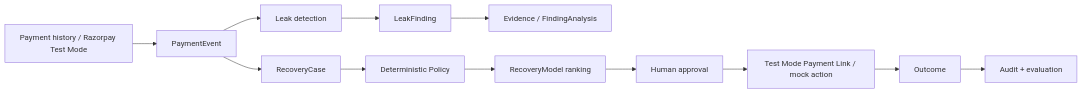
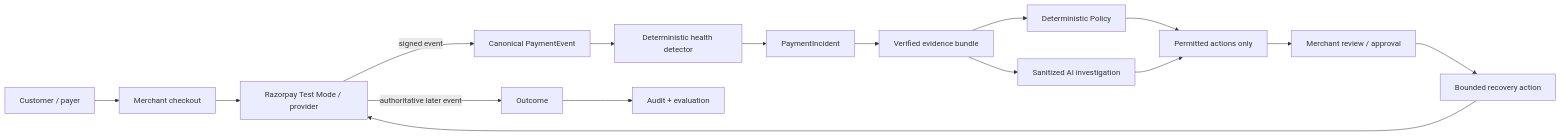
The diagram in README.md (aditya-zig/Revnue-Agent), drawn with Mermaid before and after one commit. The commit also changed other lines of this file, not shown here.

````diff
--- a/README.md
+++ b/README.md
@@ -78,14 +208,18 @@
 ```mermaid
 flowchart LR
-    A[Payment history / Razorpay Test Mode] --> B[PaymentEvent]
-    B --> C[Leak detection]
-    C --> D[LeakFinding]
-    B --> E[RecoveryCase]
-    D --> F[Evidence / FindingAnalysis]
-    E --> G[Deterministic Policy]
-    G --> H[RecoveryModel ranking]
-    H --> I[Human approval]
-    I --> J[Test Mode Payment Link / mock action]
-    J --> K[Outcome]
-    K --> L[Audit + evaluation]
+    C[Customer / payer] --> M[Merchant checkout]
+    M --> P[Razorpay Test Mode / provider]
+    P -->|signed event| N[Canonical PaymentEvent]
+    N --> D[Deterministic health detector]
+    D --> I[PaymentIncident]
+    I --> E[Verified evidence bundle]
+    E --> A[Sanitized AI investigation]
+    E --> POL[Deterministic Policy]
+    POL --> R[Permitted actions only]
+    A --> R
+    R --> H[Merchant review / approval]
+    H --> X[Bounded recovery action]
+    X --> P
+    P -->|authoritative later event| O[Outcome]
+    O --> AU[Audit + evaluation]
 ```
````
